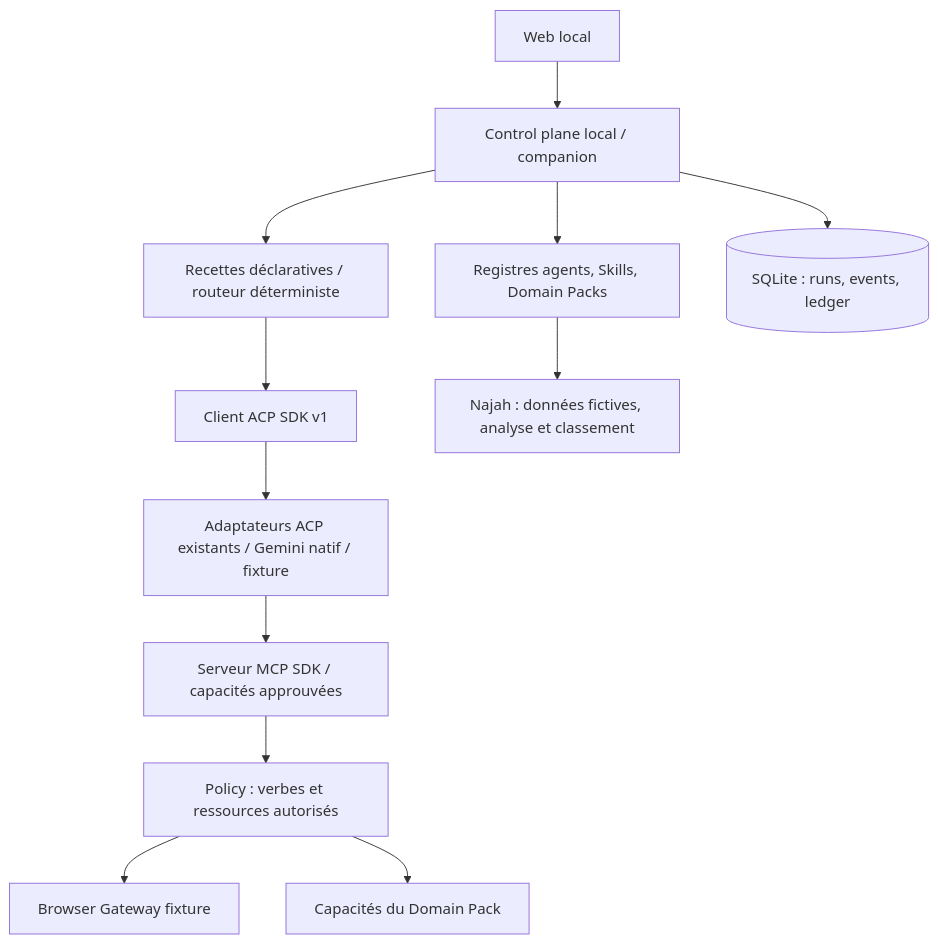
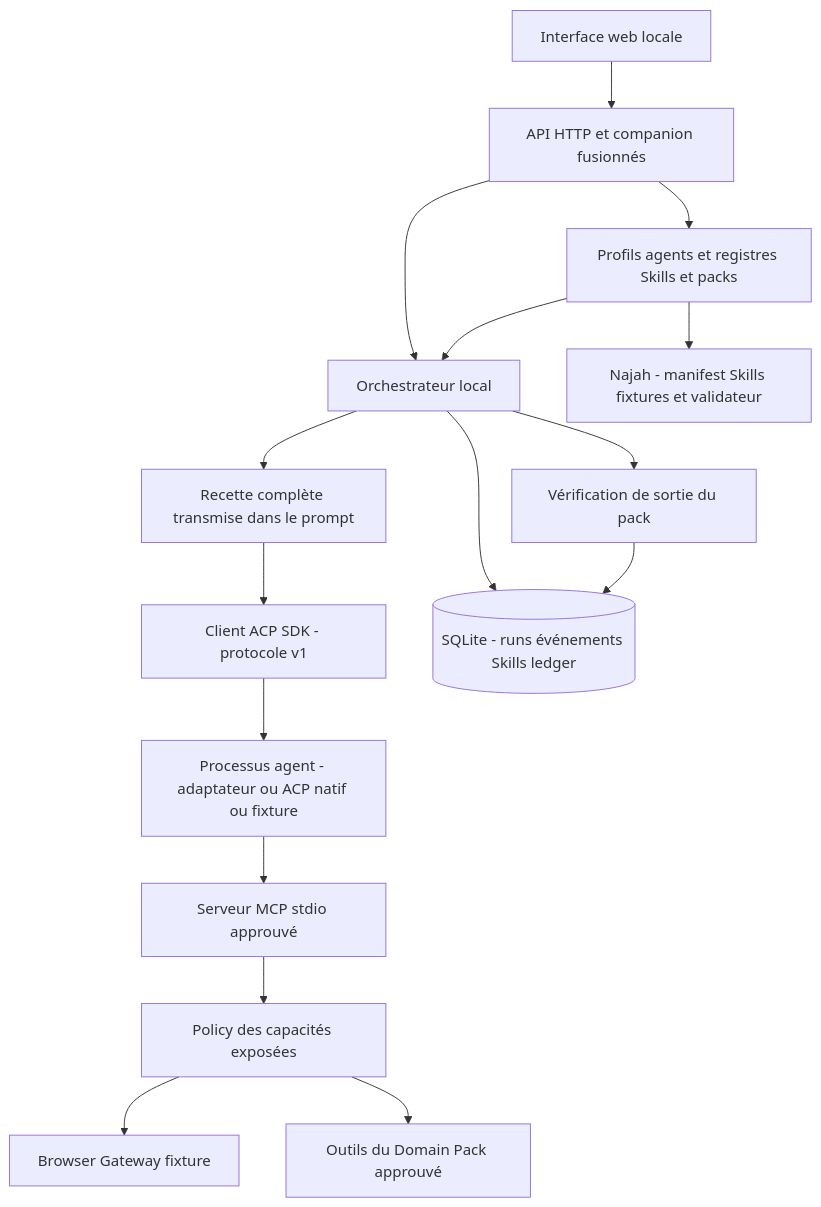
Before and after one commit to bachirdw/agregat-back-git: the first of 3 diagrams in docs/architecture.md, drawn with Mermaid. The commit also changed other lines of this file and 15 other files, not shown here.

Commit message:
[sprint-01] Refondre l’audit source et les décisions d’architecture

````diff
--- a/docs/architecture.md
+++ b/docs/architecture.md
@@ -5,14 +9,18 @@
 ```mermaid
 flowchart TD
- UI[Web local] --> API[Control plane local / companion]
- API --> REG[Registres agents, Skills, Domain Packs]
- API --> PLAN[Recettes déclaratives / routeur déterministe]
- PLAN --> RUN[Client ACP SDK v1]
- RUN --> A[Adaptateurs ACP existants / Gemini natif / fixture]
- A --> MCP[Serveur MCP SDK / capacités approuvées]
- MCP --> P[Policy : verbes et ressources autorisés]
- P --> B[Browser Gateway fixture]
- P --> D[Capacités du Domain Pack]
- API --> DB[(SQLite : runs, events, ledger)]
- REG --> N[Najah : données fictives, analyse et classement]
+  UI[Interface web locale] --> API[API HTTP et companion fusionnés]
+  API --> REG[Profils agents et registres Skills et packs]
+  API --> ORCH[Orchestrateur local]
+  REG --> ORCH
+  ORCH --> RECIPE[Recette complète transmise dans le prompt]
+  RECIPE --> ACP[Client ACP SDK - protocole v1]
+  ACP --> AGENT[Processus agent - adaptateur ou ACP natif ou fixture]
+  AGENT --> MCP[Serveur MCP stdio approuvé]
+  MCP --> POLICY[Policy des capacités exposées]
+  POLICY --> BROWSER[Browser Gateway fixture]
+  POLICY --> PACK[Outils du Domain Pack approuvé]
+  ORCH --> VERIFY[Vérification de sortie du pack]
+  ORCH --> DB[(SQLite - runs événements Skills ledger)]
+  VERIFY --> DB
+  REG --> NAJAH[Najah - manifest Skills fixtures et validateur]
 ```
````
